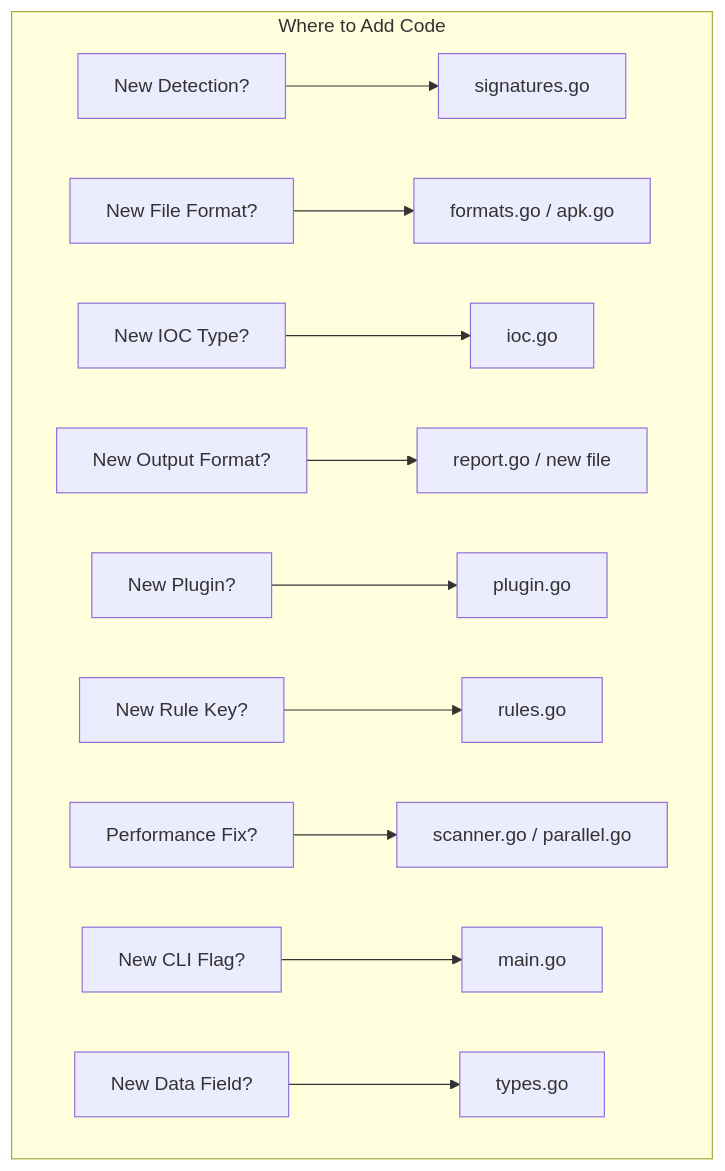
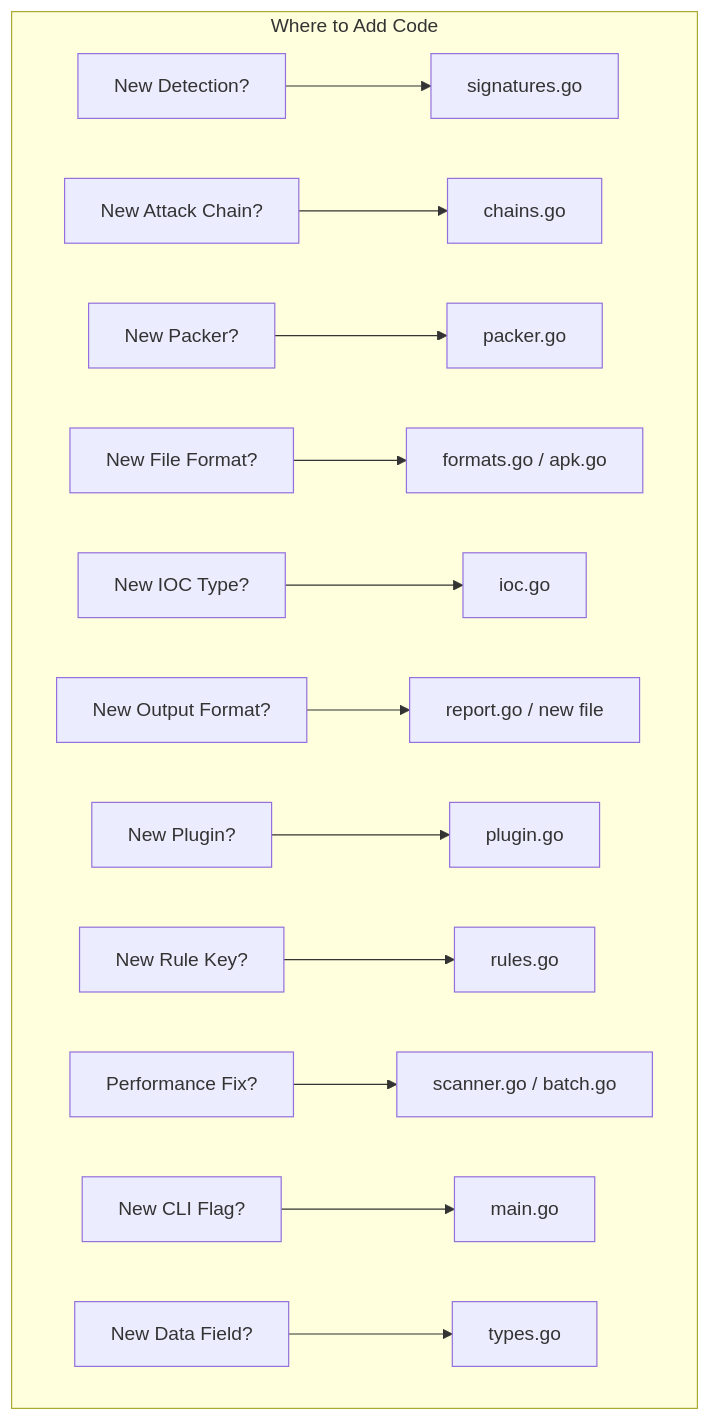
One commit to Masriyan/FlatScan changed the second of 6 diagrams in contributing.md. Above: the diagram before and after it, drawn with Mermaid. The commit also changed other lines of this file and 20 other files, not shown here.

````diff
--- a/contributing.md
+++ b/contributing.md
@@ -88,14 +88,16 @@
 ```mermaid
 graph TB
     subgraph "Where to Add Code"
         A["New Detection?"] --> B[signatures.go]
+        A2["New Attack Chain?"] --> B2[chains.go]
+        A3["New Packer?"] --> B3[packer.go]
         C["New File Format?"] --> D[formats.go / apk.go]
         E["New IOC Type?"] --> F[ioc.go]
         G["New Output Format?"] --> H[report.go / new file]
         I["New Plugin?"] --> J[plugin.go]
         K["New Rule Key?"] --> L[rules.go]
-        M["Performance Fix?"] --> N[scanner.go / parallel.go]
+        M["Performance Fix?"] --> N[scanner.go / batch.go]
         O["New CLI Flag?"] --> P[main.go]
         Q["New Data Field?"] --> R[types.go]
     end
 ```
````
